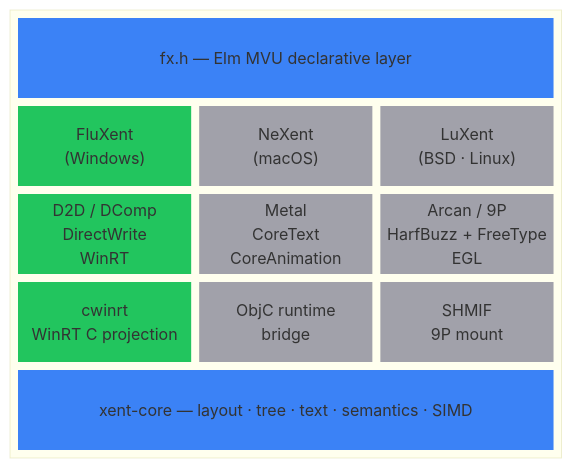
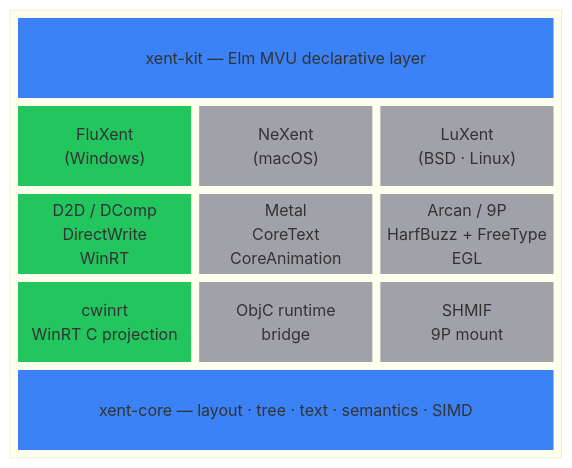
The diagram in profile/README.md (Project-Xent/.github), drawn with Mermaid before and after one commit. The commit also changed other lines of this file, not shown here.

````diff
--- a/profile/README.md
+++ b/profile/README.md
@@ -28,25 +28,25 @@
 ```mermaid
 block-beta
   columns 3
 
   block:desc:3
     columns 3
-    fx["fx.h — Elm MVU declarative layer"]:3
+    xentkit["xent-kit — Elm MVU declarative layer"]:3
     fluxent["FluXent\n(Windows)"]  nexent["NeXent\n(macOS)"]  luxent["LuXent\n(BSD · Linux)"]
     d2d["D2D / DComp\nDirectWrite\nWinRT"]  metal["Metal\nCoreText\nCoreAnimation"]  arcan["Arcan / 9P\nHarfBuzz + FreeType\nEGL"]
     cwinrt["cwinrt\nWinRT C projection"]  objc["ObjC runtime\nbridge"]  shmif["SHMIF\n9P mount"]
     xent["xent-core — layout · tree · text · semantics · SIMD"]:3
   end
 
-  style fx fill:#3b82f6,color:#fff,stroke:none
+  style xentkit fill:#3b82f6,color:#fff,stroke:none
   style xent fill:#3b82f6,color:#fff,stroke:none
   style fluxent fill:#22c55e,color:#fff,stroke:none
   style nexent fill:#a1a1aa,color:#fff,stroke:none
   style luxent fill:#a1a1aa,color:#fff,stroke:none
   style d2d fill:#22c55e,color:#fff,stroke:none
   style metal fill:#a1a1aa,color:#fff,stroke:none
   style arcan fill:#a1a1aa,color:#fff,stroke:none
   style cwinrt fill:#22c55e,color:#fff,stroke:none
   style objc fill:#a1a1aa,color:#fff,stroke:none
   style shmif fill:#a1a1aa,color:#fff,stroke:none
 ```
````
